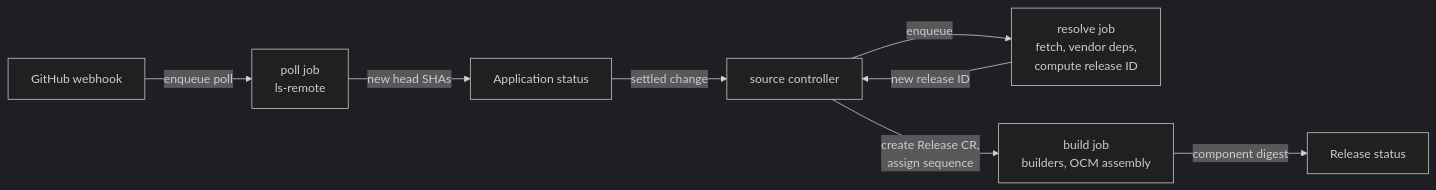
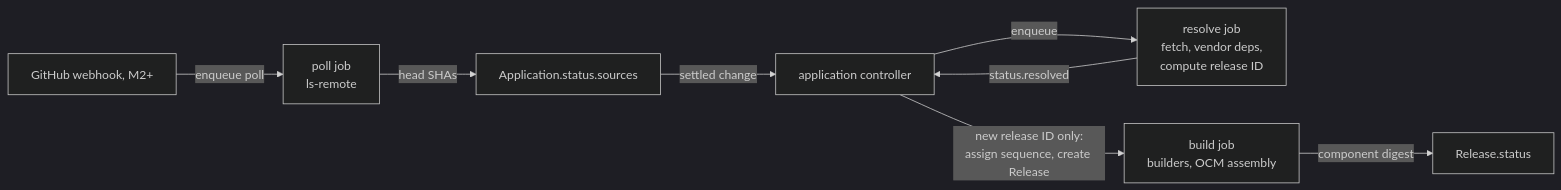
Before and after one commit to nirnanaaa/konfidence: the diagram in docs/design/07-sources-and-releases.md, drawn with Mermaid (dark theme). The commit also changed other lines of this file and 12 other files, not shown here.

Commit message:
docs(design): apply adversarial review, add roadmap and ADR-0001

````diff
--- a/docs/design/07-sources-and-releases.md
+++ b/docs/design/07-sources-and-releases.md
@@ -18,10 +15,10 @@
 ```mermaid
 flowchart LR
-  P[poll job<br/>ls-remote] -->|new head SHAs| A[Application status]
-  W[GitHub webhook] -->|enqueue poll| P
-  A -->|settled change| C[source controller]
+  P[poll job<br/>ls-remote] -->|head SHAs| S[Application.status.sources]
+  W[GitHub webhook, M2+] -->|enqueue poll| P
+  S -->|settled change| C[application controller]
   C -->|enqueue| R[resolve job<br/>fetch, vendor deps,<br/>compute release ID]
-  R -->|new release ID| C
-  C -->|create Release CR,<br/>assign sequence| B[build job<br/>builders, OCM assembly]
-  B -->|component digest| REL[Release status]
+  R -->|status.resolved| C
+  C -->|new release ID only:<br/>assign sequence, create Release| B[build job<br/>builders, OCM assembly]
+  B -->|component digest| REL[Release.status]
 ```
````
